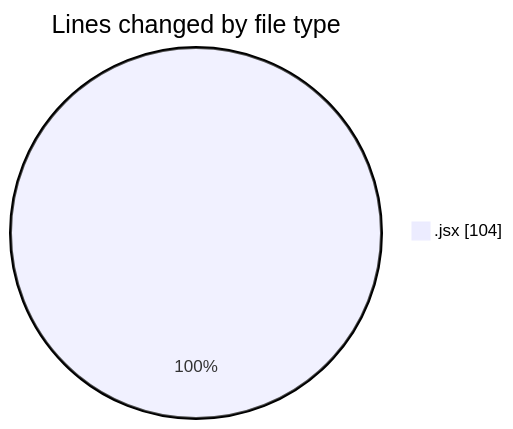
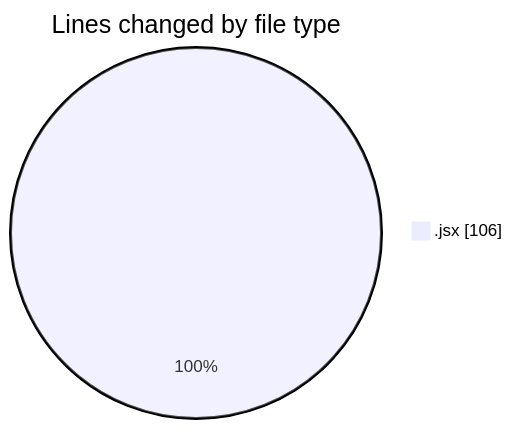
One commit to Elitesun/code-tracking changed the first of 2 diagrams in 2025-02-06/react_ecom/README.md. Above: the diagram before and after it, drawn with Mermaid. The commit also changed other lines of this file and 1 other file, not shown here.

````diff
--- a/2025-02-06/react_ecom/README.md
+++ b/2025-02-06/react_ecom/README.md
@@ -22,5 +22,5 @@
 ```mermaid
 pie showData
 title Lines changed by file type
-".jsx" : 104
+".jsx" : 106
 ```
````
